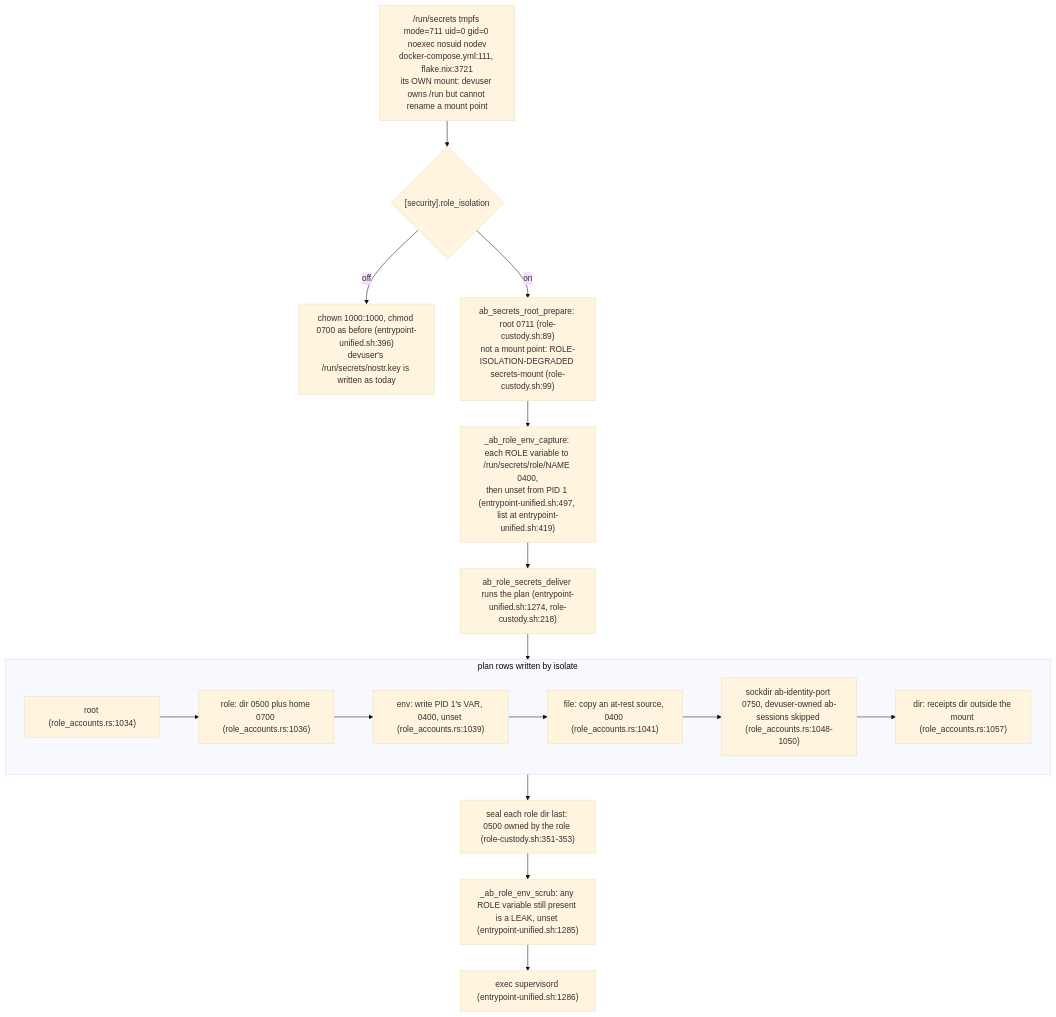
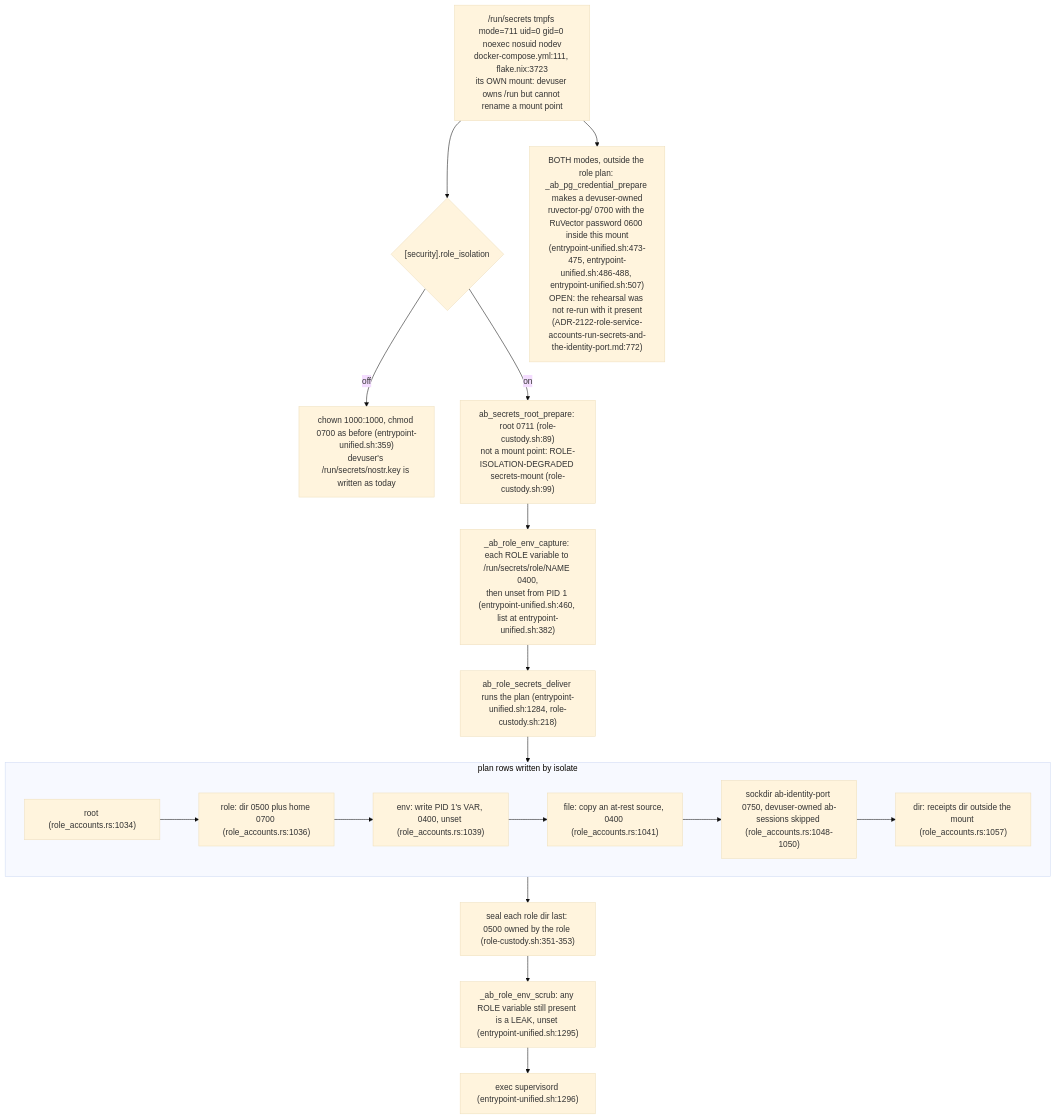
The third of 7 diagrams in docs/diagrams/agentbox/36-role-isolation-and-identity-port.md (DreamLab-AI/VisionFlow), drawn with Mermaid (base theme) before and after one commit. The commit also changed other lines of this file and 173 other files, not shown here.

````diff
--- a/docs/diagrams/agentbox/36-role-isolation-and-identity-port.md
+++ b/docs/diagrams/agentbox/36-role-isolation-and-identity-port.md
@@ -121,22 +121,23 @@
 ```mermaid
 flowchart TB
-    MNT["/run/secrets tmpfs mode=711 uid=0 gid=0 noexec nosuid nodev<br/>docker-compose.yml:111, flake.nix:3721<br/>its OWN mount: devuser owns /run but cannot rename a mount point"]
+    MNT["/run/secrets tmpfs mode=711 uid=0 gid=0 noexec nosuid nodev<br/>docker-compose.yml:111, flake.nix:3723<br/>its OWN mount: devuser owns /run but cannot rename a mount point"]
     MNT --> MODE{"[security].role_isolation"}
-    MODE -->|"off"| OFF["chown 1000:1000, chmod 0700 as before (entrypoint-unified.sh:396)<br/>devuser's /run/secrets/nostr.key is written as today"]
+    MODE -->|"off"| OFF["chown 1000:1000, chmod 0700 as before (entrypoint-unified.sh:359)<br/>devuser's /run/secrets/nostr.key is written as today"]
     MODE -->|"on"| PREP["ab_secrets_root_prepare: root 0711 (role-custody.sh:89)<br/>not a mount point: ROLE-ISOLATION-DEGRADED secrets-mount (role-custody.sh:99)"]
-    PREP --> CAP["_ab_role_env_capture: each ROLE variable to /run/secrets/role/NAME 0400,<br/>then unset from PID 1 (entrypoint-unified.sh:497, list at entrypoint-unified.sh:419)"]
-    CAP --> DEL["ab_role_secrets_deliver runs the plan (entrypoint-unified.sh:1274, role-custody.sh:218)"]
+    PREP --> CAP["_ab_role_env_capture: each ROLE variable to /run/secrets/role/NAME 0400,<br/>then unset from PID 1 (entrypoint-unified.sh:460, list at entrypoint-unified.sh:382)"]
+    CAP --> DEL["ab_role_secrets_deliver runs the plan (entrypoint-unified.sh:1284, role-custody.sh:218)"]
     subgraph PLAN["plan rows written by isolate"]
         P1["root (role_accounts.rs:1034)"]
         P2["role: dir 0500 plus home 0700 (role_accounts.rs:1036)"]
         P3["env: write PID 1's VAR, 0400, unset (role_accounts.rs:1039)"]
         P4["file: copy an at-rest source, 0400 (role_accounts.rs:1041)"]
         P5["sockdir ab-identity-port 0750, devuser-owned ab-sessions skipped (role_accounts.rs:1048-1050)"]
         P6["dir: receipts dir outside the mount (role_accounts.rs:1057)"]
         P1 --> P2 --> P3 --> P4 --> P5 --> P6
     end
     DEL --> PLAN
     PLAN --> SEAL["seal each role dir last: 0500 owned by the role (role-custody.sh:351-353)"]
-    SEAL --> SCRUB["_ab_role_env_scrub: any ROLE variable still present is a LEAK, unset (entrypoint-unified.sh:1285)"]
-    SCRUB --> X["exec supervisord (entrypoint-unified.sh:1286)"]
+    SEAL --> SCRUB["_ab_role_env_scrub: any ROLE variable still present is a LEAK, unset (entrypoint-unified.sh:1295)"]
+    SCRUB --> X["exec supervisord (entrypoint-unified.sh:1296)"]
+    MNT --> PG["BOTH modes, outside the role plan: _ab_pg_credential_prepare makes a devuser-owned<br/>ruvector-pg/ 0700 with the RuVector password 0600 inside this mount<br/>(entrypoint-unified.sh:473-475, entrypoint-unified.sh:486-488, entrypoint-unified.sh:507)<br/>OPEN: the rehearsal was not re-run with it present<br/>(ADR-2122-role-service-accounts-run-secrets-and-the-identity-port.md:772)"]
 ```
````
